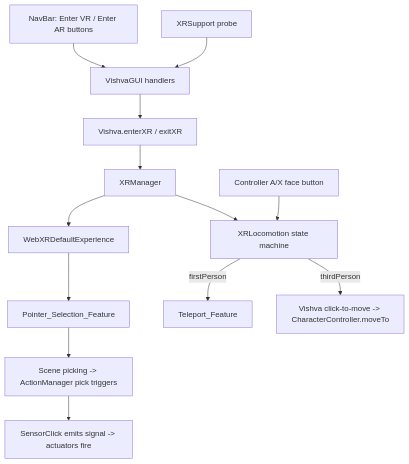
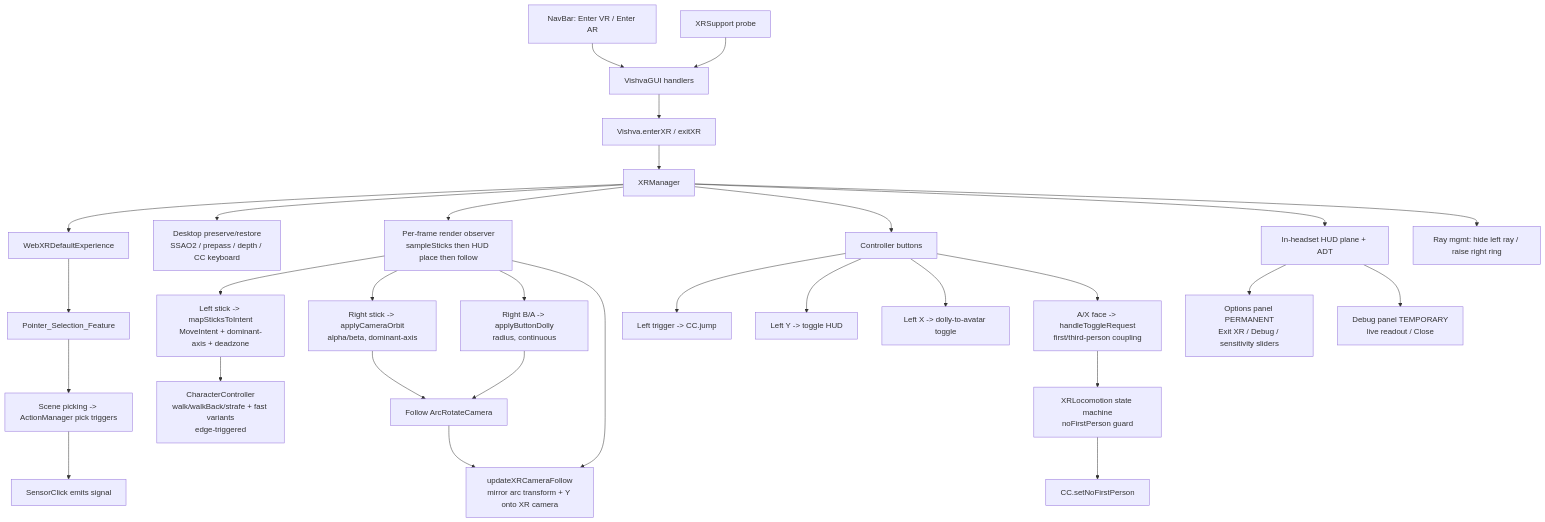
Before and after one commit to ssatguru/Vishva: the diagram in .kiro/specs/0.5.0-webxr-support/design.md, drawn with Mermaid. The commit also changed other lines of this file and 13 other files, not shown here.

````diff
--- a/.kiro/specs/0.5.0-webxr-support/design.md
+++ b/.kiro/specs/0.5.0-webxr-support/design.md
@@ -24,15 +32,35 @@
 ```mermaid
 graph TD
-    A[NavBar: Enter VR / Enter AR buttons] --> B[VishvaGUI handlers]
+    A[NavBar: Enter VR / Enter AR] --> B[VishvaGUI handlers]
     B --> C[Vishva.enterXR / exitXR]
     C --> D[XRManager]
     D --> E[WebXRDefaultExperience]
-    D --> F[XRLocomotion state machine]
-    F -->|firstPerson| G[Teleport_Feature]
-    F -->|thirdPerson| H[Vishva click-to-move -> CharacterController.moveTo]
-    E --> I[Pointer_Selection_Feature]
-    I --> J[Scene picking -> ActionManager pick triggers]
-    J --> K[SensorClick emits signal -> actuators fire]
-    L[XRSupport probe] --> B
-    M[Controller A/X face button] --> F
+    D --> P[Desktop preserve/restore<br/>SSAO2 / prepass / depth / CC keyboard]
+
+    D --> RL[Per-frame render observer<br/>sampleSticks then HUD place then follow]
+
+    RL --> L[Left stick -> mapSticksToIntent<br/>MoveIntent + dominant-axis + deadzone]
+    L --> CC[CharacterController<br/>walk/walkBack/strafe + fast variants<br/>edge-triggered]
+    RL --> O[Right stick -> applyCameraOrbit<br/>alpha/beta, dominant-axis]
+    RL --> DO[Right B/A -> applyButtonDolly<br/>radius, continuous]
+    O --> ARC[Follow ArcRotateCamera]
+    DO --> ARC
+    RL --> F[updateXRCameraFollow<br/>mirror arc transform + Y onto XR camera]
+    ARC --> F
+
+    D --> BTN[Controller buttons]
+    BTN --> J[Left trigger -> CC.jump]
+    BTN --> Y[Left Y -> toggle HUD]
+    BTN --> X[Left X -> dolly-to-avatar toggle]
+    BTN --> T[A/X face -> handleToggleRequest<br/>first/third-person coupling]
+    T --> SM[XRLocomotion state machine<br/>noFirstPerson guard] --> CPL[CC.setNoFirstPerson]
+
+    D --> HUD[In-headset HUD plane + ADT]
+    HUD --> OPT[Options panel PERMANENT<br/>Exit XR / Debug / sensitivity sliders]
+    HUD --> DBG[Debug panel TEMPORARY<br/>live readout / Close]
+    D --> RAY[Ray mgmt: hide left ray / raise right ring]
+    E --> PS[Pointer_Selection_Feature]
+    PS --> PICK[Scene picking -> ActionManager pick triggers]
+    PICK --> SNA[SensorClick emits signal]
+    LS[XRSupport probe] --> B
 ```
````
